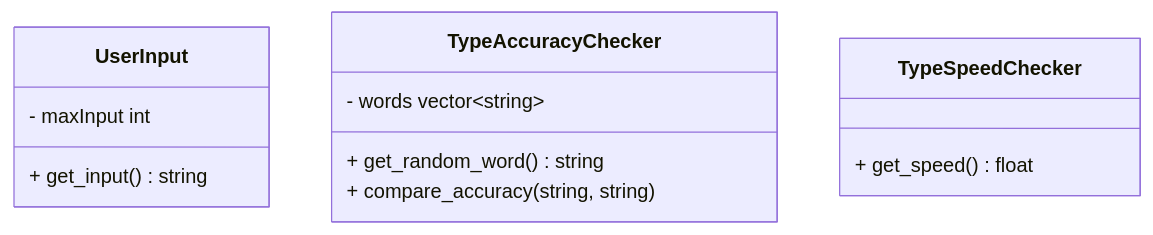
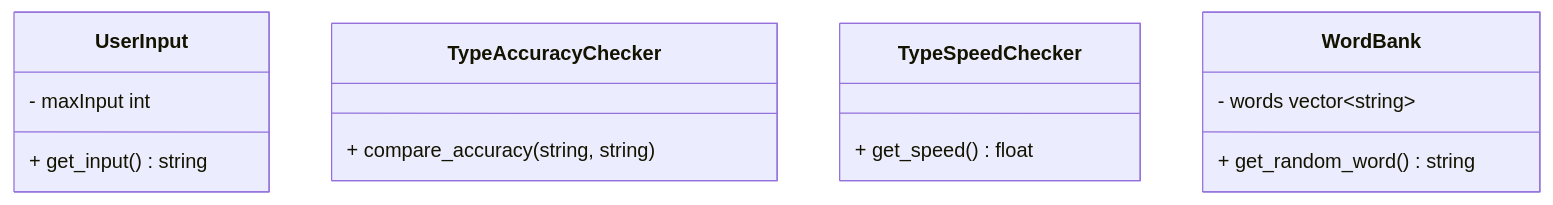
Before and after one commit to Trashcan445/tippitytappity-design: the diagram in README.md, drawn with Mermaid.

````diff
--- a/README.md
+++ b/README.md
@@ -8,15 +8,17 @@
 ```mermaid
 classDiagram
   class UserInput{
         - maxInput int
         + get_input() string
   }
   class TypeAccuracyChecker{
-        - words vector~string~
-        + get_random_word() string
         + compare_accuracy(string, string)
   }
   class TypeSpeedChecker{
         + get_speed() float
   }
+class WordBank{
+        - words vector~string~
+        + get_random_word() string
+}
 ```
````
